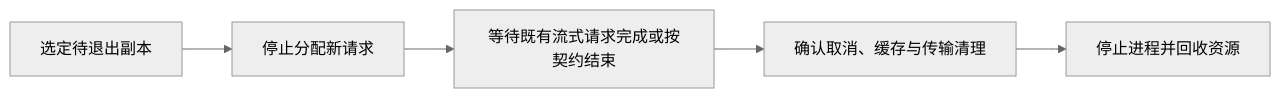
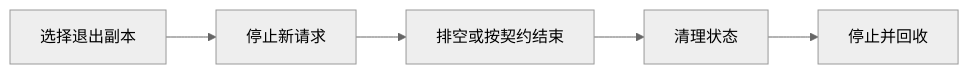
The diagram in docs/guides/模块四-推理优化/第9章-生产部署与运维/9.3-自动扩缩容与负载均衡.md (vinsonnnnn/AIInfraGuide), drawn with Mermaid (neutral theme) before and after one commit. The commit also changed other lines of this file and 19 other files, not shown here.

````diff
--- a/docs/guides/模块四-推理优化/第9章-生产部署与运维/9.3-自动扩缩容与负载均衡.md
+++ b/docs/guides/模块四-推理优化/第9章-生产部署与运维/9.3-自动扩缩容与负载均衡.md
@@ -167,7 +179,7 @@
 ```mermaid
 graph LR
-    A["选定待退出副本"] --> B["停止分配新请求"]
-    B --> C["等待既有流式请求完成或按契约结束"]
-    C --> D["确认取消、缓存与传输清理"]
-    D --> E["停止进程并回收资源"]
+    A["选择退出副本"] --> B["停止新请求"]
+    B --> C["排空或按契约结束"]
+    C --> D["清理状态"]
+    D --> E["停止并回收"]
 ```
````
